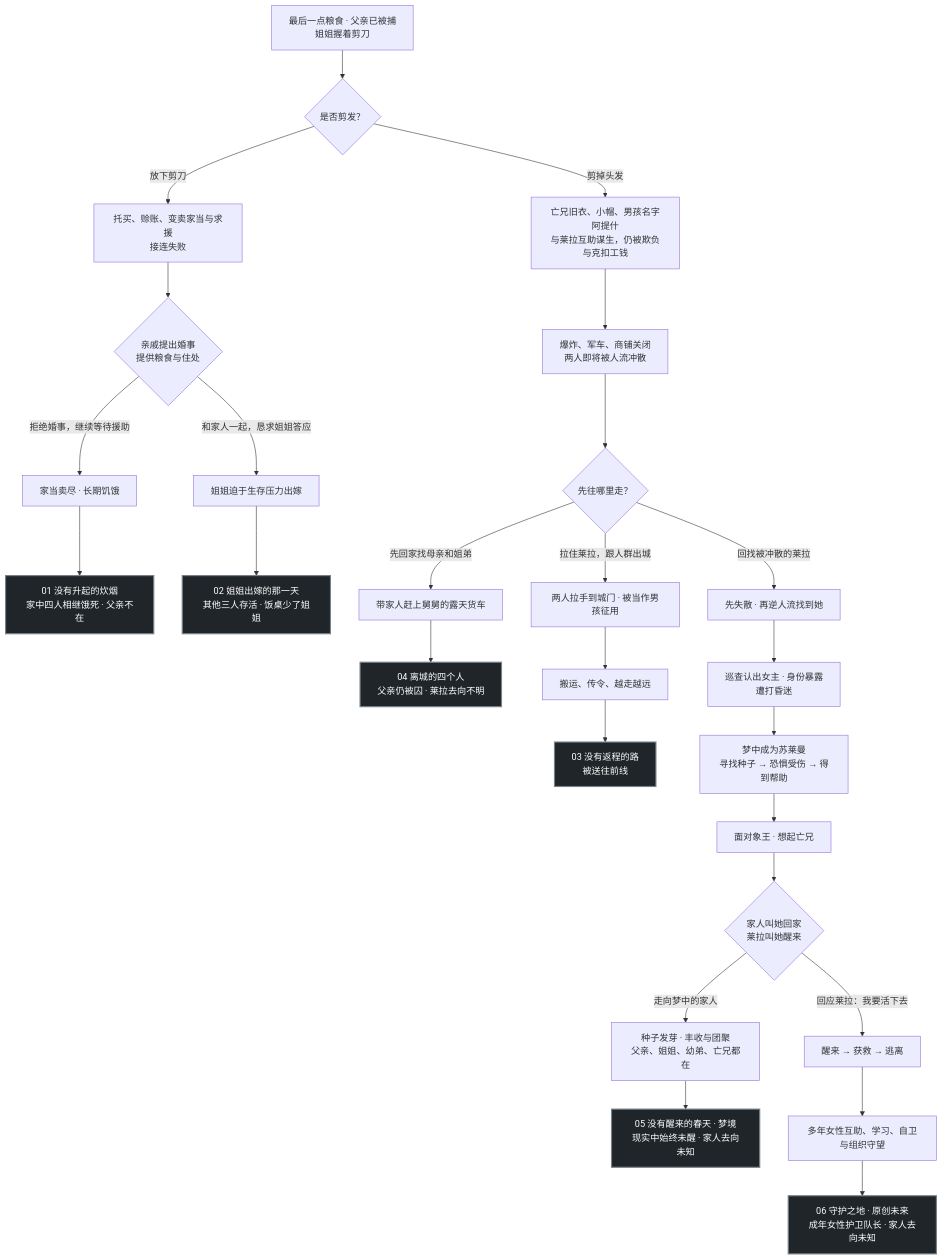
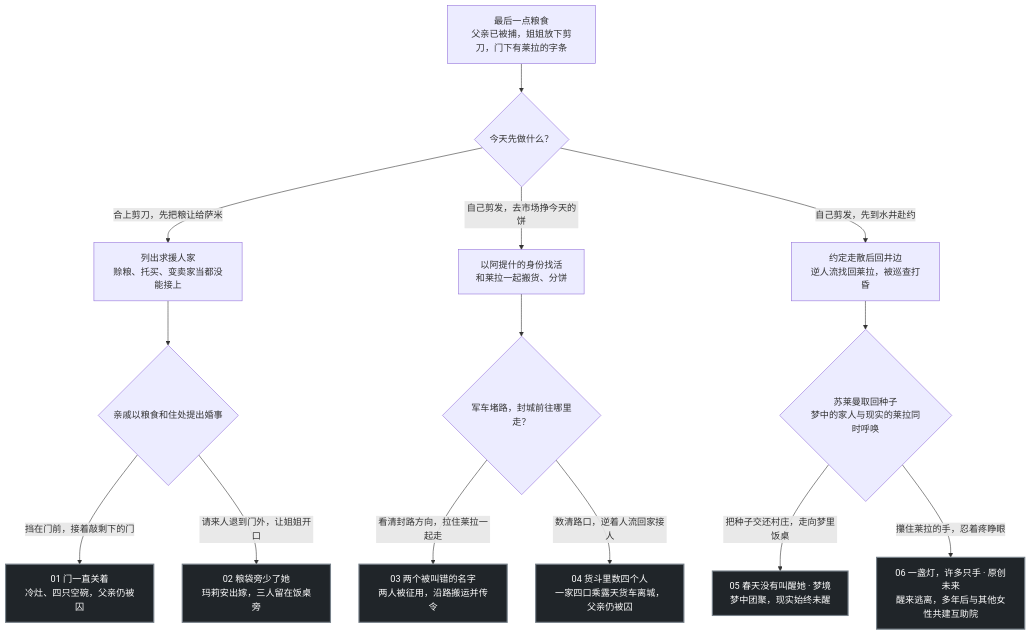
The diagram in docs/design/STORY-FLOW.md (xypasolini-droid/sister-which-way), drawn with Mermaid before and after one commit. The commit also changed other lines of this file and 59 other files, not shown here.

````diff
--- a/docs/design/STORY-FLOW.md
+++ b/docs/design/STORY-FLOW.md
@@ -5,30 +5,18 @@
 ```mermaid
 flowchart TD
- OPEN[最后一点粮食 · 父亲已被捕<br/>姐姐握着剪刀] --> CUT{是否剪发？}
- CUT -->|放下剪刀| AID[托买、赊账、变卖家当与求援<br/>接连失败]
- AID --> MARRIAGE{亲戚提出婚事<br/>提供粮食与住处}
- MARRIAGE -->|拒绝婚事，继续等待援助| HUNGER[家当卖尽 · 长期饥饿]
- HUNGER --> E01[01 没有升起的炊烟<br/>家中四人相继饿死 · 父亲不在]
- MARRIAGE -->|和家人一起，恳求姐姐答应| WEDDING[姐姐迫于生存压力出嫁]
- WEDDING --> E02[02 姐姐出嫁的那一天<br/>其他三人存活 · 饭桌少了姐姐]
- CUT -->|剪掉头发| WORK[亡兄旧衣、小帽、男孩名字阿提什<br/>与莱拉互助谋生，仍被欺负与克扣工钱]
- WORK --> WAR[爆炸、军车、商铺关闭<br/>两人即将被人流冲散]
- WAR --> WHERE{先往哪里走？}
- WHERE -->|先回家找母亲和姐弟| TRUCK[带家人赶上舅舅的露天货车]
- TRUCK --> E04[04 离城的四个人<br/>父亲仍被囚 · 莱拉去向不明]
- WHERE -->|拉住莱拉，跟人群出城| GATE[两人拉手到城门 · 被当作男孩征用]
- GATE --> MARCH[搬运、传令、越走越远]
- MARCH --> E03[03 没有返程的路<br/>被送往前线]
- WHERE -->|回找被冲散的莱拉| FIND[先失散 · 再逆人流找到她]
- FIND --> HIT[巡查认出女主 · 身份暴露<br/>遭打昏迷]
- HIT --> TALE[梦中成为苏莱曼<br/>寻找种子 → 恐惧受伤 → 得到帮助]
- TALE --> KING[面对象王 · 想起亡兄]
- KING --> VOICES{家人叫她回家<br/>莱拉叫她醒来}
- VOICES -->|走向梦中的家人| SPRING[种子发芽 · 丰收与团聚<br/>父亲、姐姐、幼弟、亡兄都在]
- SPRING --> E05[05 没有醒来的春天 · 梦境<br/>现实中始终未醒 · 家人去向未知]
- VOICES -->|回应莱拉：我要活下去| WAKE[醒来 → 获救 → 逃离]
- WAKE --> YEARS[多年女性互助、学习、自卫与组织守望]
- YEARS --> E06[06 守护之地 · 原创未来<br/>成年女性护卫队长 · 家人去向未知]
- classDef ending fill:#202529,color:#fff,stroke:#77818a,stroke-width:2px;
- class E01,E02,E03,E04,E05,E06 ending;
+ O["最后一点粮食<br/>父亲已被捕，姐姐放下剪刀，门下有莱拉的字条"] --> A{"今天先做什么？"}
+ A -->|"合上剪刀，先把粮让给萨米"| H["列出求援人家<br/>赊粮、托买、变卖家当都没能接上"]
+ H --> B{"亲戚以粮食和住处提出婚事"}
+ B -->|"挡在门前，接着敲剩下的门"| E1["01 门一直关着<br/>冷灶、四只空碗，父亲仍被囚"]
+ B -->|"请来人退到门外，让姐姐开口"| E2["02 粮袋旁少了她<br/>玛莉安出嫁，三人留在饭桌旁"]
+ A -->|"自己剪发，去市场挣今天的饼"| M["以阿提什的身份找活<br/>和莱拉一起搬货、分饼"]
+ M --> C{"军车堵路，封城前往哪里走？"}
+ C -->|"看清封路方向，拉住莱拉一起走"| E3["03 两个被叫错的名字<br/>两人被征用，沿路搬运并传令"]
+ C -->|"数清路口，逆着人流回家接人"| E4["04 货斗里数四个人<br/>一家四口乘露天货车离城，父亲仍被囚"]
+ A -->|"自己剪发，先到水井赴约"| W["约定走散后回井边<br/>逆人流找回莱拉，被巡查打昏"]
+ W --> D{"苏莱曼取回种子<br/>梦中的家人与现实的莱拉同时呼唤"}
+ D -->|"把种子交还村庄，走向梦里饭桌"| E5["05 春天没有叫醒她 · 梦境<br/>梦中团聚，现实始终未醒"]
+ D -->|"攥住莱拉的手，忍着疼睁眼"| E6["06 一盏灯，许多只手 · 原创未来<br/>醒来逃离，多年后与其他女性共建互助院"]
+ classDef ending fill:#202529,color:#fff,stroke:#77818a,stroke-width:2px
+ class E1,E2,E3,E4,E5,E6 ending
 ```
````
